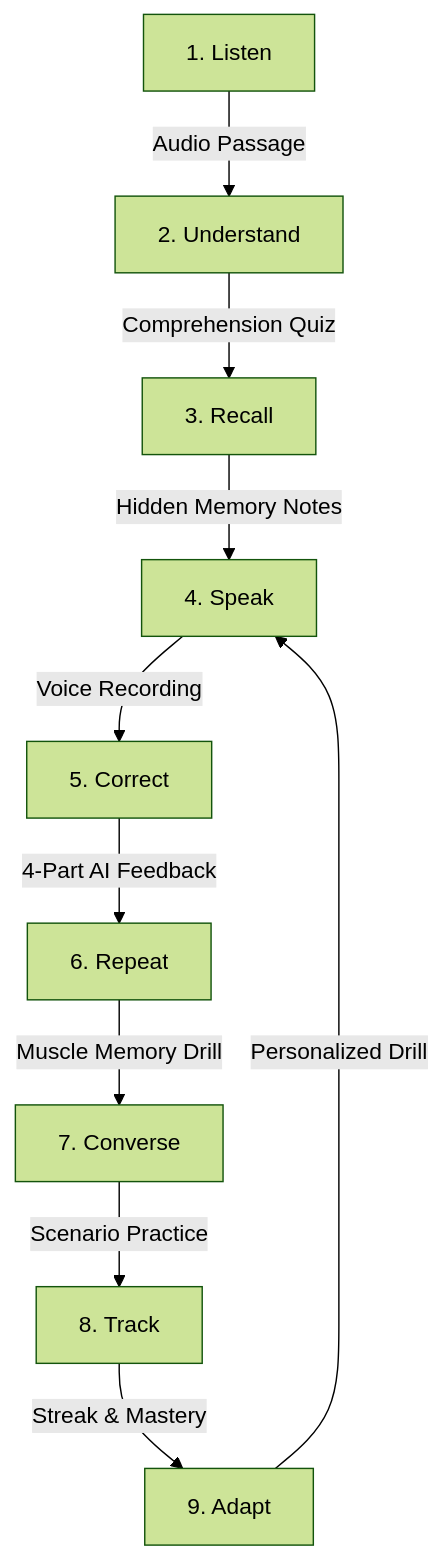
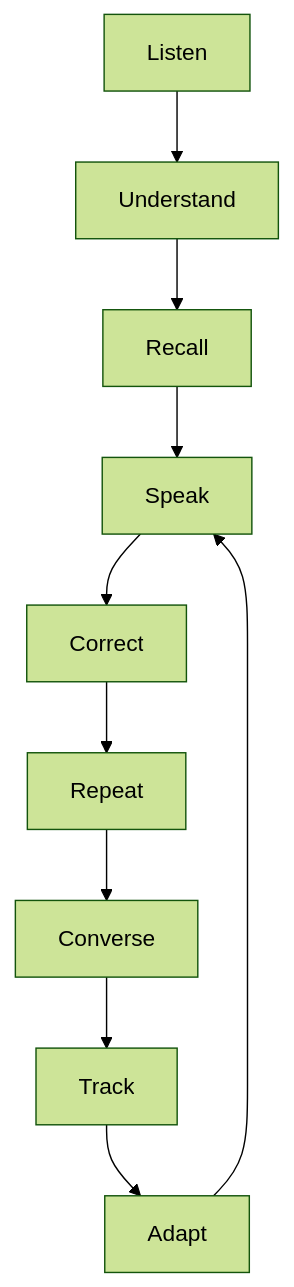
Before and after one commit to Rishabh-KSingh/TalkSaathi-AI: the diagram in README.md, drawn with Mermaid (forest theme). The commit also changed other lines of this file and 4 other files, not shown here.

````diff
--- a/README.md
+++ b/README.md
@@ -42,12 +59,12 @@
 ```mermaid
 flowchart TD
-    A[1. Listen] -->|Audio Passage| B[2. Understand]
-    B -->|Comprehension Quiz| C[3. Recall]
-    C -->|Hidden Memory Notes| D[4. Speak]
-    D -->|Voice Recording| E[5. Correct]
-    E -->|4-Part AI Feedback| F[6. Repeat]
-    F -->|Muscle Memory Drill| G[7. Converse]
-    G -->|Scenario Practice| H[8. Track]
-    H -->|Streak & Mastery| I[9. Adapt]
-    I -->|Personalized Drill| D
+    A[Listen] --> B[Understand]
+    B --> C[Recall]
+    C --> D[Speak]
+    D --> E[Correct]
+    E --> F[Repeat]
+    F --> G[Converse]
+    G --> H[Track]
+    H --> I[Adapt]
+    I --> D
 ```
````
